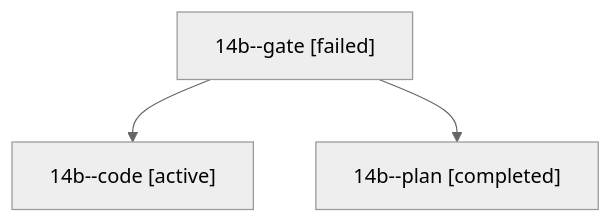
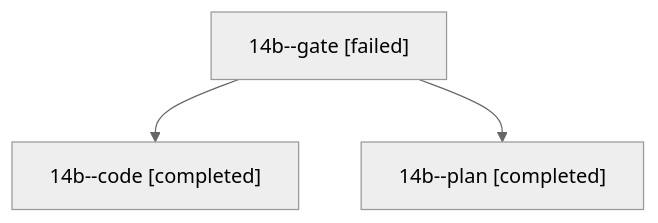
The diagram in sessions/bbugyi200.athena.14b.md (bobs-org/bob-cli--agents), drawn with Mermaid (neutral theme) before and after one commit. The commit also changed other lines of this file and 81 other files, not shown here.

````diff
--- a/sessions/bbugyi200.athena.14b.md
+++ b/sessions/bbugyi200.athena.14b.md
@@ -9,8 +9,8 @@
 ```mermaid
 flowchart TD
   n0["14b--gate [failed]"]
-  n1["14b--code [active]"]
+  n1["14b--code [completed]"]
   n0 --> n1
   n2["14b--plan [completed]"]
   n0 --> n2
 ```
````
